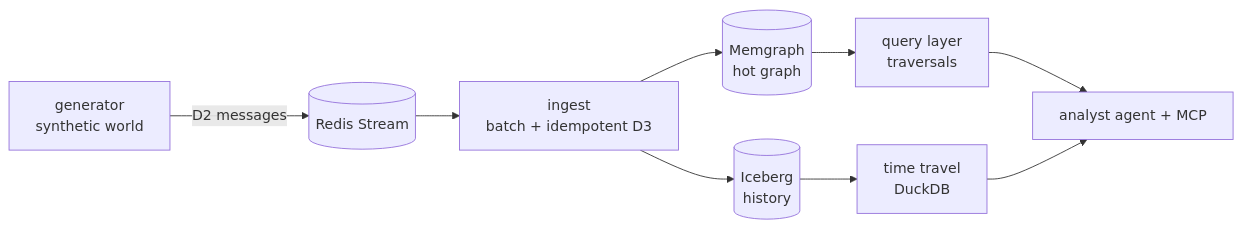
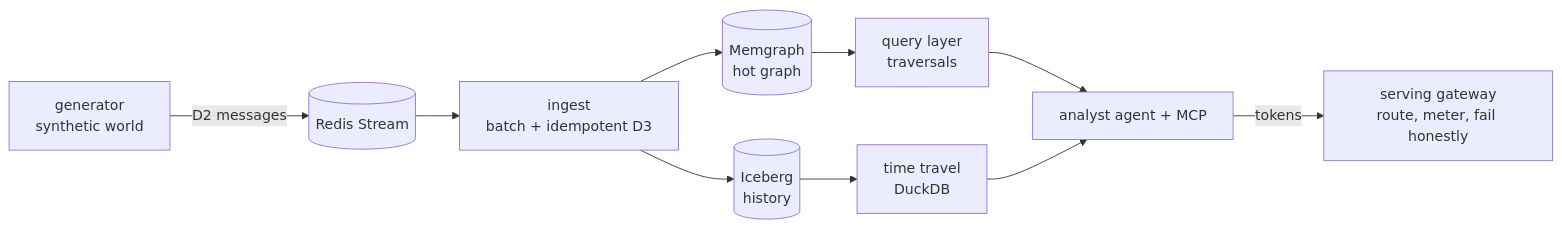
Before and after one commit to fespino/resgraph: the diagram in README.md, drawn with Mermaid. The commit also changed other lines of this file, not shown here.

````diff
--- a/README.md
+++ b/README.md
@@ -15,11 +15,12 @@
 ```mermaid
 flowchart LR
   G[generator\nsynthetic world] -->|D2 messages| S[(Redis Stream)]
   S --> I[ingest\nbatch + idempotent D3]
   I --> M[(Memgraph\nhot graph)]
   I --> B[(Iceberg\nhistory)]
   M --> Q[query layer\ntraversals]
   B --> Q2[time travel\nDuckDB]
   Q --> A[analyst agent + MCP]
   Q2 --> A
+  A -->|tokens| GW[serving gateway\nroute, meter, fail honestly]
 ```
````
